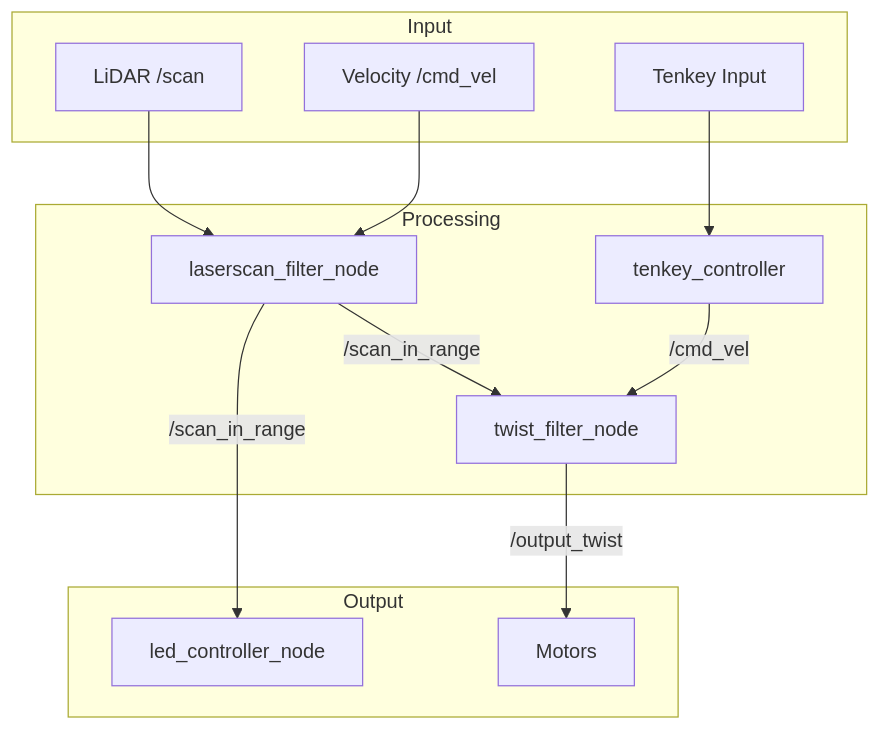
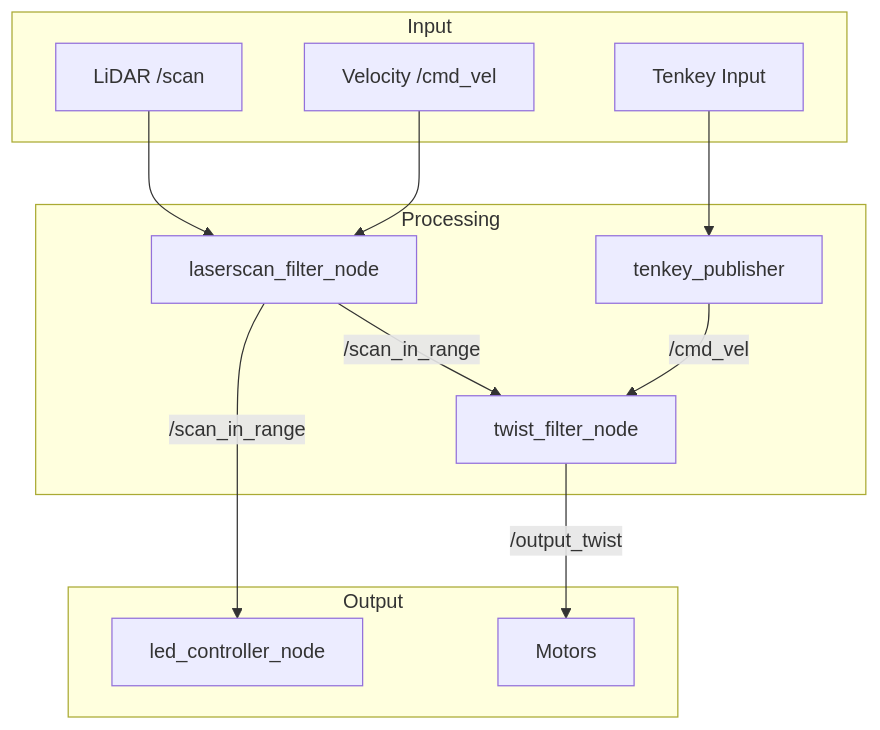
One commit to sato-susumu/susumu_robo changed the fourth of 4 diagrams in susumu_robo/_scripts_documentation.md. Above: the diagram before and after it, drawn with Mermaid. The commit also changed other lines of this file and 4 other files, not shown here.

````diff
--- a/susumu_robo/_scripts_documentation.md
+++ b/susumu_robo/_scripts_documentation.md
@@ -312,27 +312,27 @@
 ```mermaid
 graph TD
     subgraph Input
         L[LiDAR /scan]
         V[Velocity /cmd_vel]
         K[Tenkey Input]
     end
     
     subgraph Processing
         LF[laserscan_filter_node]
         TF[twist_filter_node]
-        TC[tenkey_controller]
+        TC[tenkey_publisher]
     end
     
     subgraph Output
         LED[led_controller_node]
         M[Motors]
     end
     
     L --> LF
     V --> LF
     LF -->|/scan_in_range| TF
     LF -->|/scan_in_range| LED
     K --> TC
     TC -->|/cmd_vel| TF
     TF -->|/output_twist| M
 ```
````
